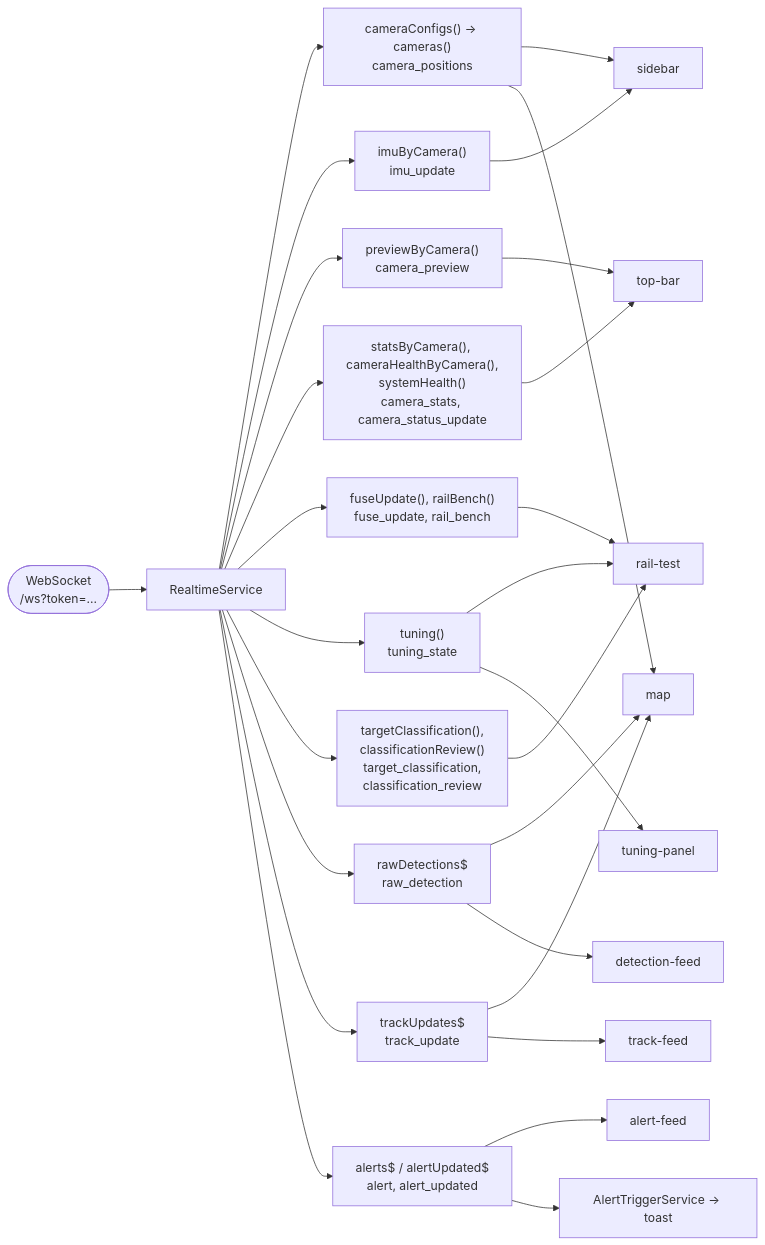
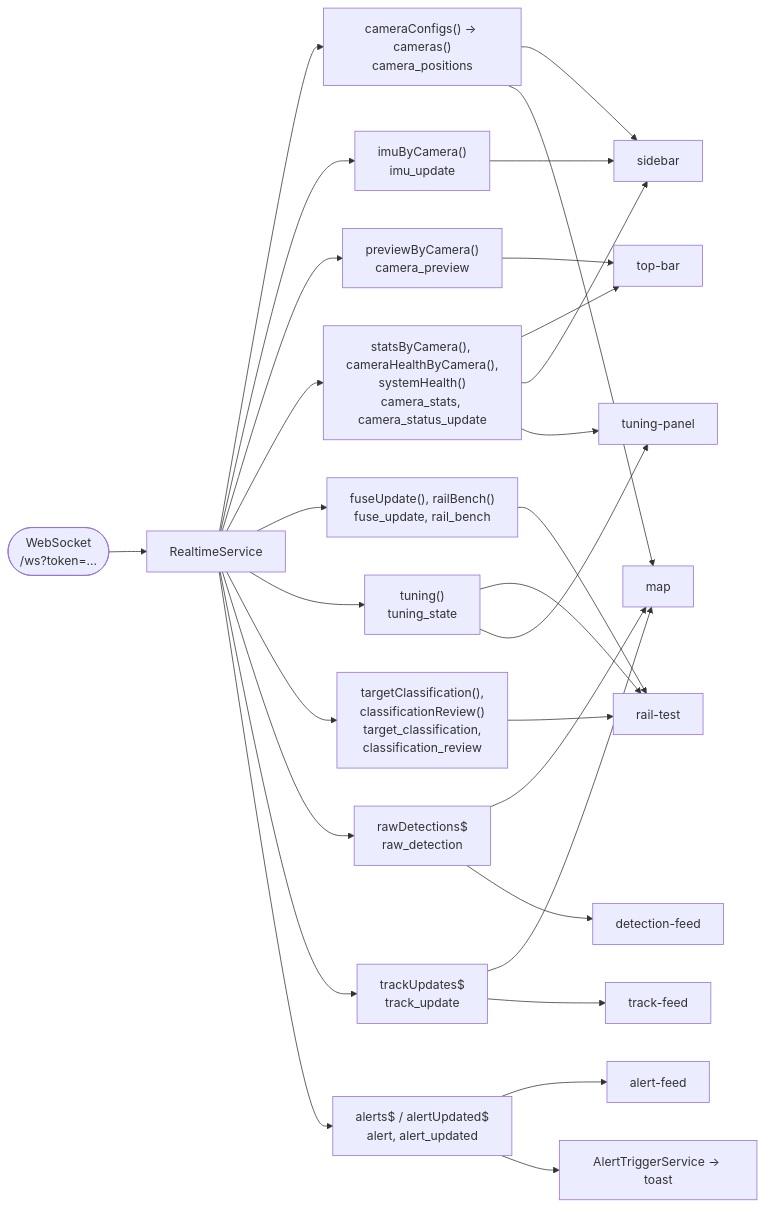
Before and after one commit to jeancdf/Pavois: the first of 2 diagrams in documentation/06-interface-operateur.md, drawn with Mermaid. The commit also changed other lines of this file and 10 other files, not shown here.

````diff
--- a/documentation/06-interface-operateur.md
+++ b/documentation/06-interface-operateur.md
@@ -70,26 +70,28 @@
 ```mermaid
 flowchart LR
     WS(["WebSocket<br/>/ws?token=…"]) --> RS["RealtimeService"]
 
     RS --> S1["cameraConfigs() → cameras()<br/>camera_positions"]
     RS --> S2["imuByCamera()<br/>imu_update"]
     RS --> S3["previewByCamera()<br/>camera_preview"]
     RS --> S4["statsByCamera(), cameraHealthByCamera(),<br/>systemHealth()<br/>camera_stats, camera_status_update"]
     RS --> S5["fuseUpdate(), railBench()<br/>fuse_update, rail_bench"]
     RS --> S6["tuning()<br/>tuning_state"]
     RS --> S7["targetClassification(),<br/>classificationReview()<br/>target_classification,<br/>classification_review"]
     RS --> F1["rawDetections$<br/>raw_detection"]
     RS --> F2["trackUpdates$<br/>track_update"]
     RS --> F3["alerts$ / alertUpdated$<br/>alert, alert_updated"]
 
     S1 & S2 --> SB["sidebar"]
     S1 & F1 & F2 --> MAP["map"]
     S4 --> TB["top-bar"]
+    S4 --> SB
+    S4 --> TP
     S3 --> TB
     S5 & S7 & S6 --> RT["rail-test"]
     S6 --> TP["tuning-panel"]
     F2 --> TF["track-feed"]
     F1 --> DF["detection-feed"]
     F3 --> AF["alert-feed"]
     F3 --> AT["AlertTriggerService → toast"]
 ```
````
